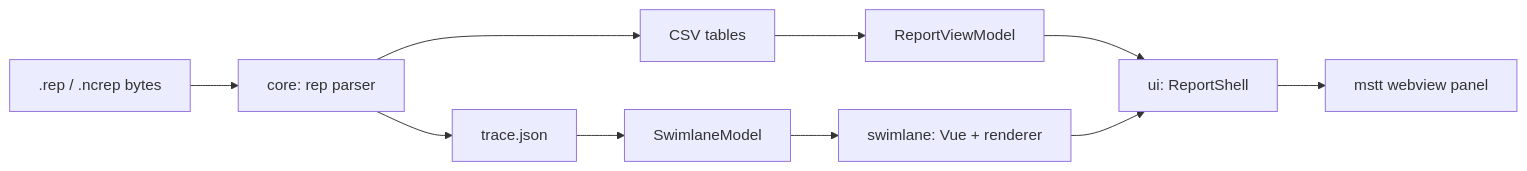
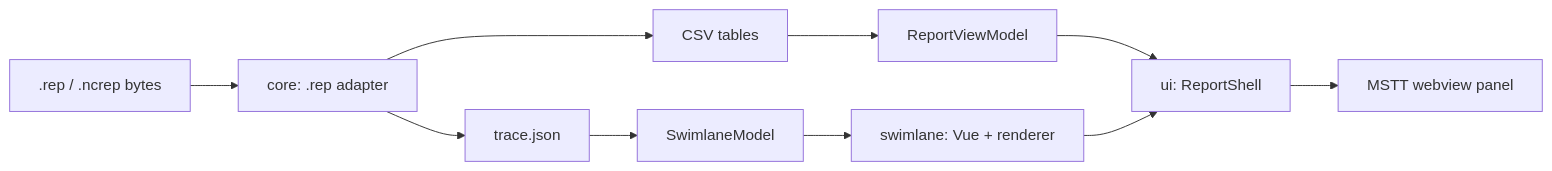
The second of 2 diagrams in docs/specs/architecture/ARCHITECTURE.md (IdeFrontend/profiling-report), drawn with Mermaid before and after one commit. The commit also changed other lines of this file and 4 other files, not shown here.

````diff
--- a/docs/specs/architecture/ARCHITECTURE.md
+++ b/docs/specs/architecture/ARCHITECTURE.md
@@ -37,12 +73,12 @@
 ```mermaid
 flowchart LR
-  RepFile[".rep / .ncrep bytes"] --> Parser["core: rep parser"]
-  Parser --> CSVs["CSV tables"]
-  Parser --> Trace["trace.json"]
+  RepFile[".rep / .ncrep bytes"] --> RepAdapter["core: .rep adapter"]
+  RepAdapter --> CSVs["CSV tables"]
+  RepAdapter --> Trace["trace.json"]
   CSVs --> ViewModel["ReportViewModel"]
   Trace --> SwimModel["SwimlaneModel"]
   ViewModel --> VueUI["ui: ReportShell"]
   SwimModel --> Swimlane["swimlane: Vue + renderer"]
-  VueUI --> Host["mstt webview panel"]
+  VueUI --> Host["MSTT webview panel"]
   Swimlane --> VueUI
 ```
````
